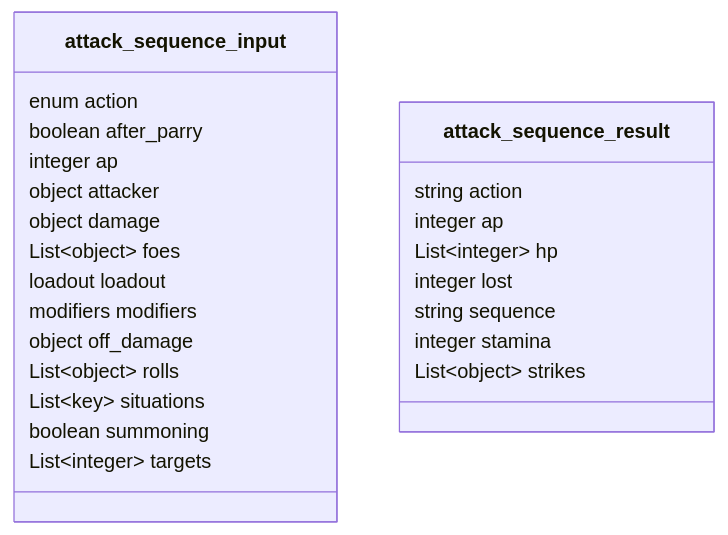
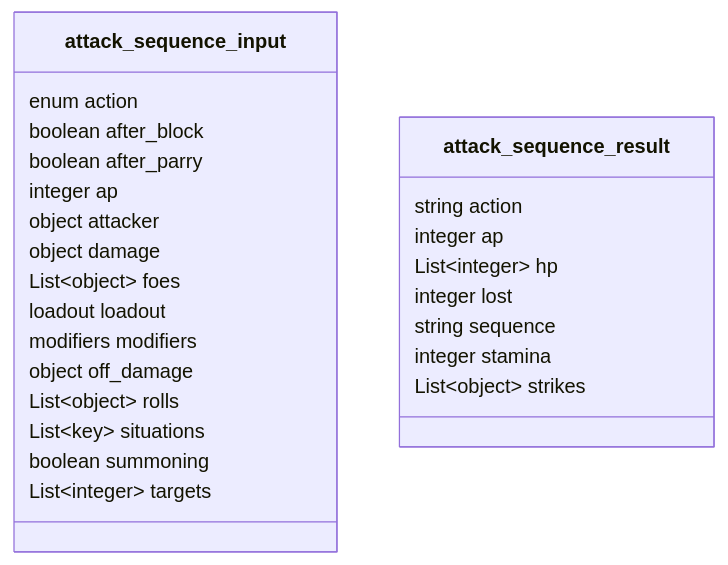
Before and after one commit to SETA1609/riftweave-core: the fourth of 28 diagrams in docs/backend/contract-diagram.md, drawn with Mermaid. The commit also changed other lines of this file and 29 other files, not shown here.

````diff
--- a/docs/backend/contract-diagram.md
+++ b/docs/backend/contract-diagram.md
@@ -152,27 +152,28 @@
 ```mermaid
 classDiagram
     class attack_sequence_input {
         enum action
+        boolean after_block
         boolean after_parry
         integer ap
         object attacker
         object damage
         List~object~ foes
         loadout loadout
         modifiers modifiers
         object off_damage
         List~object~ rolls
         List~key~ situations
         boolean summoning
         List~integer~ targets
     }
     class attack_sequence_result {
         string action
         integer ap
         List~integer~ hp
         integer lost
         string sequence
         integer stamina
         List~object~ strikes
     }
 ```
````
